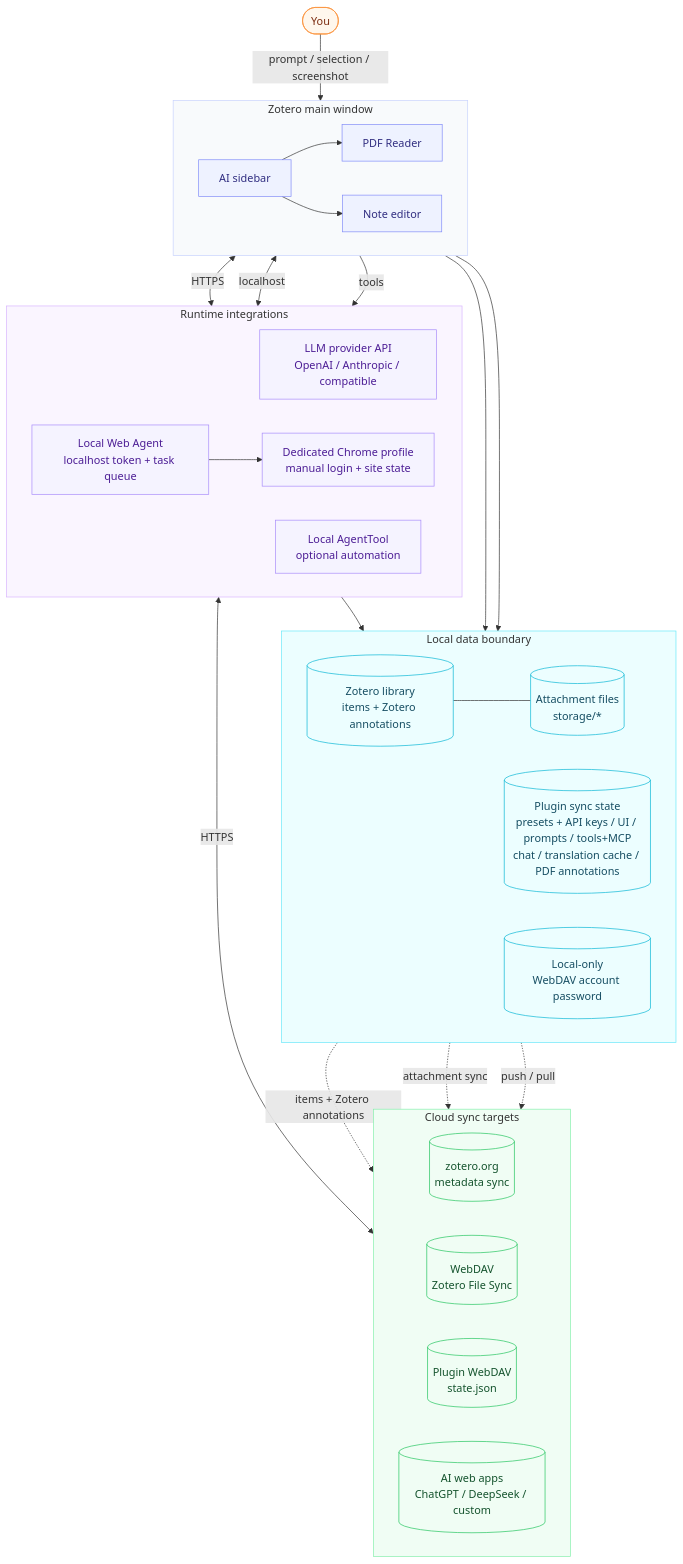
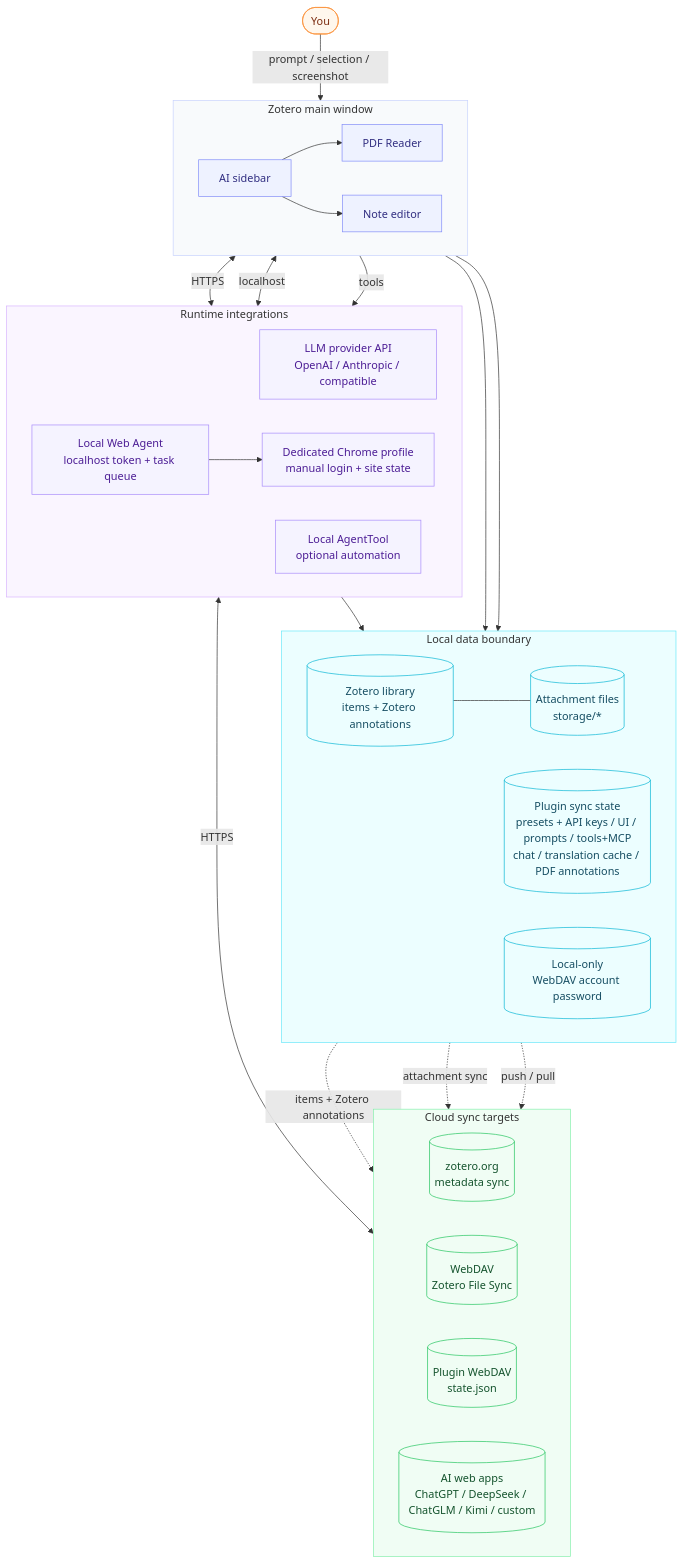
One commit to xuhan-rgb/zotero-ai-sidebar changed the first of 2 diagrams in README.md. Above: the diagram before and after it, drawn with Mermaid. The commit also changed other lines of this file and 22 other files, not shown here.

````diff
--- a/README.md
+++ b/README.md
@@ -135,67 +135,67 @@
 ```mermaid
 flowchart TB
     User([You])
 
     subgraph UI[Zotero main window]
         direction LR
         Side[AI sidebar]
         PDF[PDF Reader]
         Note[Note editor]
         Side --> PDF
         Side --> Note
     end
 
     subgraph Local[Local data boundary]
         direction LR
         Core[(Zotero library<br/>items + Zotero annotations)]
         Files[(Attachment files<br/>storage/*)]
         PluginState[(Plugin sync state<br/>presets + API keys / UI / prompts / tools+MCP<br/>chat / translation cache / PDF annotations)]
         Secrets[(Local-only<br/>WebDAV account password)]
     end
 
     subgraph Runtime[Runtime integrations]
         direction LR
         Provider[LLM provider API<br/>OpenAI / Anthropic / compatible]
         WebAgent[Local Web Agent<br/>localhost token + task queue]
         Browser[Dedicated Chrome profile<br/>manual login + site state]
         Tools[Local AgentTool<br/>optional automation]
     end
 
     subgraph Cloud[Cloud sync targets]
         direction LR
         ZoteroOrg[(zotero.org<br/>metadata sync)]
         FileDAV[(WebDAV<br/>Zotero File Sync)]
         PluginDAV[(Plugin WebDAV<br/>state.json)]
-        WebApps[(AI web apps<br/>ChatGPT / DeepSeek / custom)]
+        WebApps[(AI web apps<br/>ChatGPT / DeepSeek / ChatGLM / Kimi / custom)]
     end
 
     User -->|prompt / selection / screenshot| Side
     Side <-->|HTTPS| Provider
     Side <-->|localhost| WebAgent
     WebAgent --> Browser
     Browser <-->|HTTPS| WebApps
     Side -->|tools| Tools
     Tools --> Core
     Side --> Secrets
     Side --> PluginState
     Core --- Files
 
     Core -.items + Zotero annotations.-> ZoteroOrg
     Files -.attachment sync.-> FileDAV
     PluginState -.push / pull.-> PluginDAV
 
     classDef actor fill:#fff7ed,stroke:#fb923c,color:#7c2d12,stroke-width:1px;
     classDef zotero fill:#eef2ff,stroke:#818cf8,color:#312e81,stroke-width:1px;
     classDef local fill:#ecfeff,stroke:#06b6d4,color:#164e63,stroke-width:1px;
     classDef runtime fill:#f5f3ff,stroke:#a78bfa,color:#4c1d95,stroke-width:1px;
     classDef cloud fill:#f0fdf4,stroke:#22c55e,color:#14532d,stroke-width:1px;
     class User actor;
     class Side,PDF,Note zotero;
     class Core,Files,PluginState,Secrets local;
     class Provider,WebAgent,Browser,Tools runtime;
     class ZoteroOrg,FileDAV,PluginDAV,WebApps cloud;
     style UI fill:#f8fafc,stroke:#c7d2fe,stroke-width:1px
     style Local fill:#ecfeff,stroke:#67e8f9,stroke-width:1px
     style Runtime fill:#faf5ff,stroke:#d8b4fe,stroke-width:1px
     style Cloud fill:#f0fdf4,stroke:#86efac,stroke-width:1px
 ```
````
